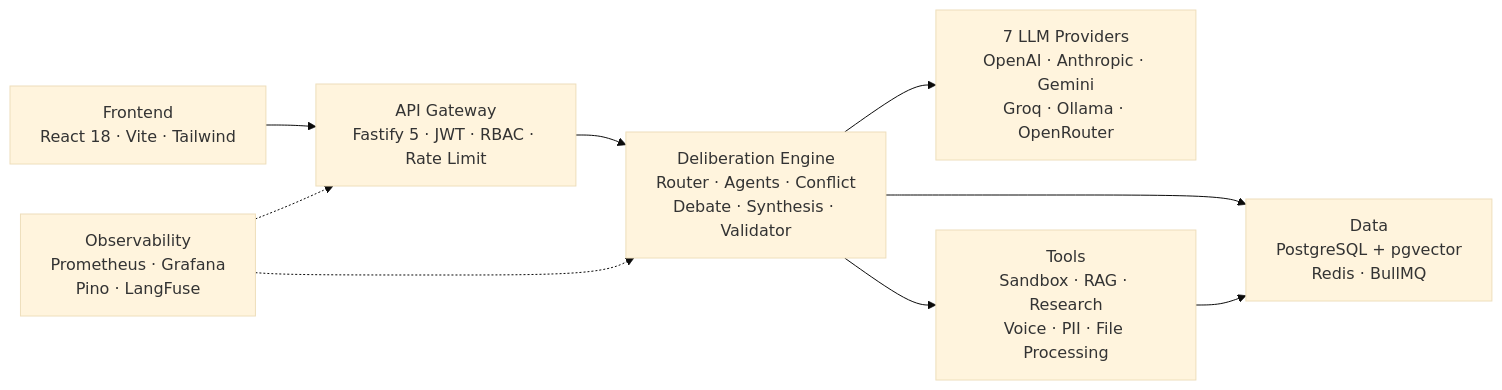
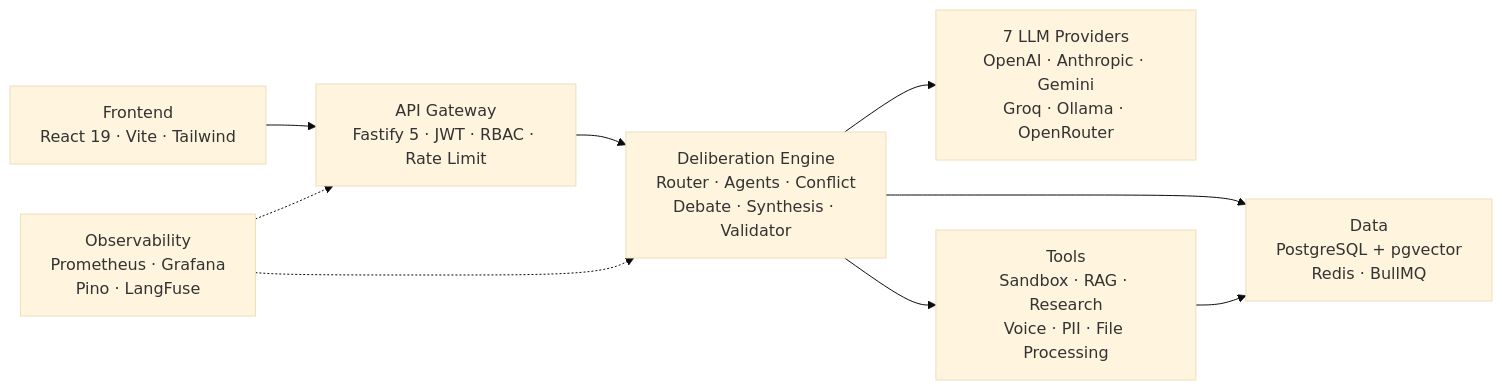
One commit to Yash-Awasthi/Judica changed the second of 2 diagrams in README.md. Above: the diagram before and after it, drawn with Mermaid (base theme). The commit also changed other lines of this file and 71 other files, not shown here.

````diff
--- a/README.md
+++ b/README.md
@@ -101,17 +101,17 @@
 ```mermaid
 flowchart LR
-    FE["Frontend\nReact 18 · Vite · Tailwind"]
+    FE["Frontend\nReact 19 · Vite · Tailwind"]
     GW["API Gateway\nFastify 5 · JWT · RBAC · Rate Limit"]
     EN["Deliberation Engine\nRouter · Agents · Conflict\nDebate · Synthesis · Validator"]
     LLM["7 LLM Providers\nOpenAI · Anthropic · Gemini\nGroq · Ollama · OpenRouter"]
     TL["Tools\nSandbox · RAG · Research\nVoice · PII · File Processing"]
     DB["Data\nPostgreSQL + pgvector\nRedis · BullMQ"]
     OB["Observability\nPrometheus · Grafana\nPino · LangFuse"]
 
     FE --> GW --> EN
     EN --> LLM
     EN --> TL
     EN --> DB
     TL --> DB
     OB -.-> GW & EN
 ```
````
